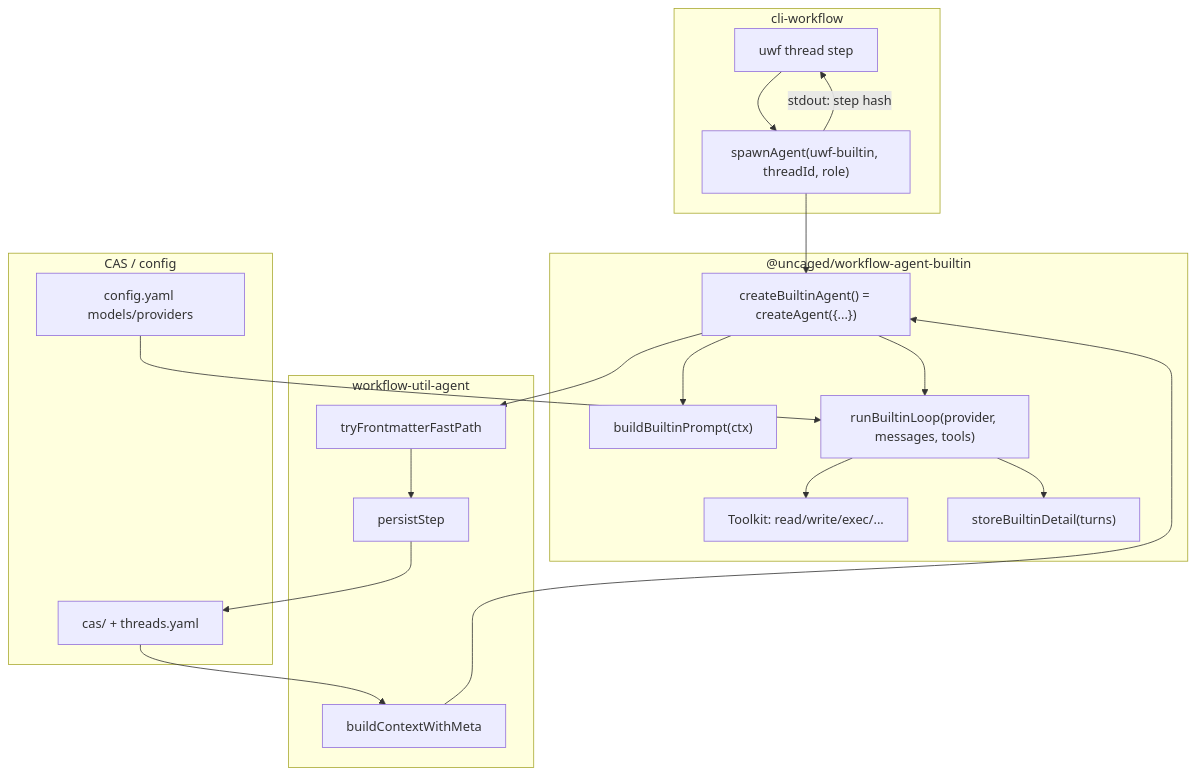
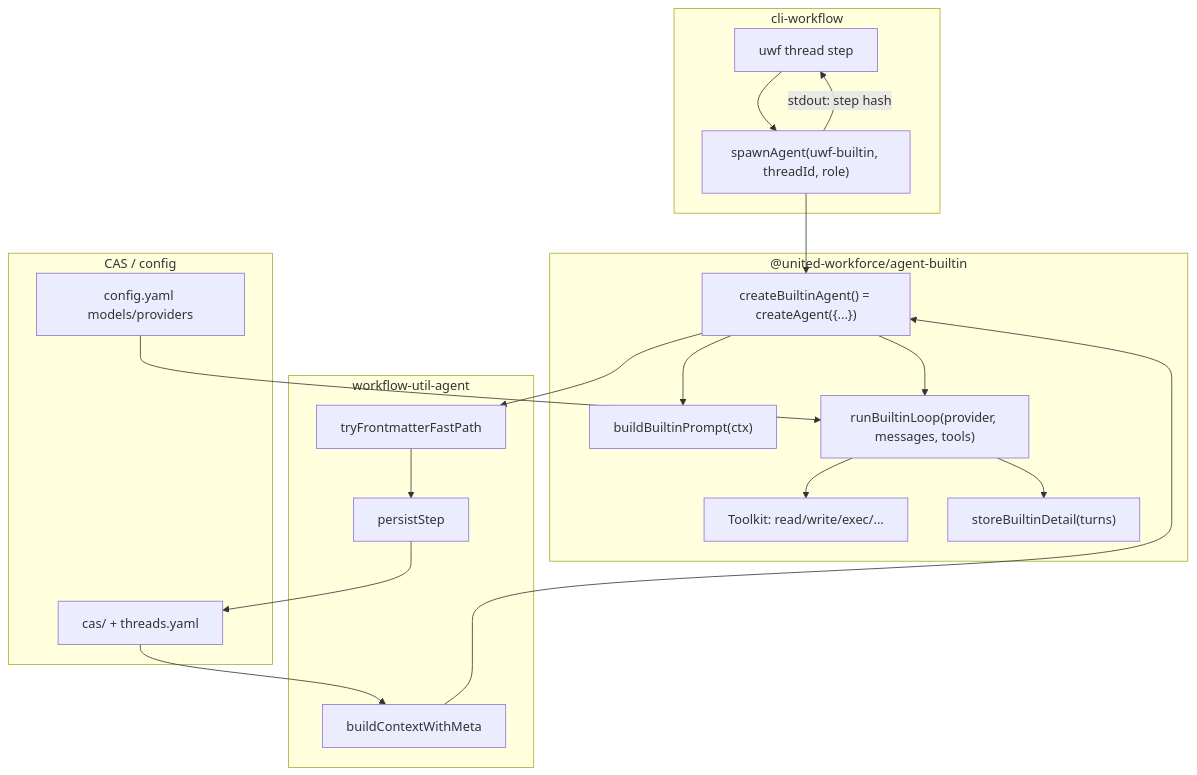
The diagram in docs/builtin-agent-research.md (shazhou-ww/united-workforce), drawn with Mermaid before and after one commit. The commit also changed other lines of this file and 4 other files, not shown here.

Commit message:
docs: update branding to @united-workforce and fix stale storage references (Phase 5)

````diff
--- a/docs/builtin-agent-research.md
+++ b/docs/builtin-agent-research.md
@@ -592,40 +592,40 @@
 ```mermaid
 flowchart TB
   subgraph cli ["cli-workflow"]
     Step["uwf thread step"]
     Spawn["spawnAgent(uwf-builtin, threadId, role)"]
     Step --> Spawn
   end
 
-  subgraph builtin_pkg ["@uncaged/workflow-agent-builtin"]
+  subgraph builtin_pkg ["@united-workforce/agent-builtin"]
     Main["createBuiltinAgent() = createAgent({...})"]
     Prompt["buildBuiltinPrompt(ctx)"]
     Loop["runBuiltinLoop(provider, messages, tools)"]
     Tools["Toolkit: read/write/exec/..."]
     Detail["storeBuiltinDetail(turns)"]
     Main --> Prompt
     Main --> Loop
     Loop --> Tools
     Loop --> Detail
   end
 
   subgraph kit ["workflow-util-agent"]
     Ctx["buildContextWithMeta"]
     FM["tryFrontmatterFastPath"]
     Persist["persistStep"]
     Ctx --> Main
     Main --> FM
     FM --> Persist
   end
 
   subgraph cas ["CAS / config"]
     Config["config.yaml models/providers"]
     CAS["cas/ + threads.yaml"]
   end
 
   Spawn --> Main
   Config --> Loop
   CAS --> Ctx
   Persist --> CAS
   Spawn -->|"stdout: step hash"| Step
 ```
````
